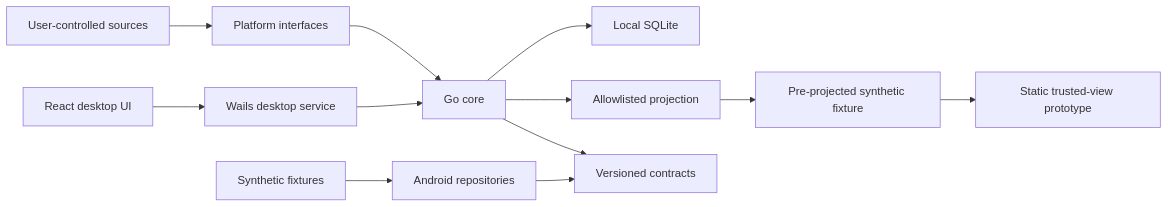
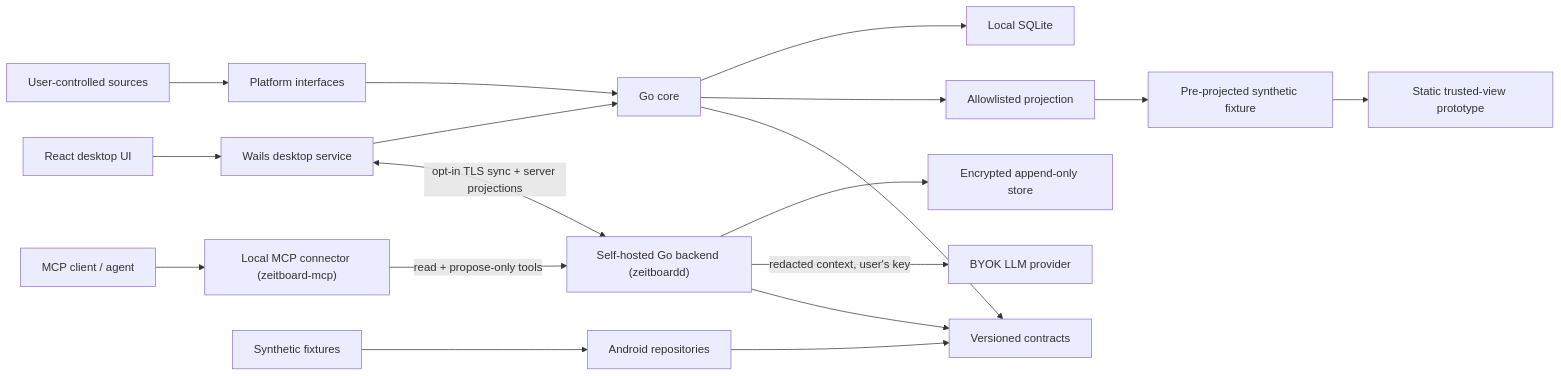
One commit to wellivea1/ZeitBoard changed the diagram in docs/architecture.md. Above: the diagram before and after it, drawn with Mermaid. The commit also changed other lines of this file and 5 other files, not shown here.

````diff
--- a/docs/architecture.md
+++ b/docs/architecture.md
@@ -17,14 +22,20 @@
 ```mermaid
 flowchart LR
   Sources["User-controlled sources"] --> Interfaces["Platform interfaces"]
   Interfaces --> Core["Go core"]
   Core --> SQLite["Local SQLite"]
   Core --> Projection["Allowlisted projection"]
   Desktop["Wails desktop service"] --> Core
   DesktopUI["React desktop UI"] --> Desktop
+  Desktop <-->|"opt-in TLS sync + server projections"| Server["Self-hosted Go backend (zeitboardd)"]
+  Server --> ServerStore["Encrypted append-only store"]
+  Server -->|"redacted context, user's key"| LLM["BYOK LLM provider"]
+  MCP["Local MCP connector (zeitboard-mcp)"] -->|"read + propose-only tools"| Server
+  Agent["MCP client / agent"] --> MCP
   Android["Android repositories"] --> Contracts["Versioned contracts"]
   Fixtures["Synthetic fixtures"] --> Android
   Projection --> TrustedFixture["Pre-projected synthetic fixture"]
   TrustedFixture --> TrustedWeb["Static trusted-view prototype"]
   Core --> Contracts
+  Server --> Contracts
 ```
````
